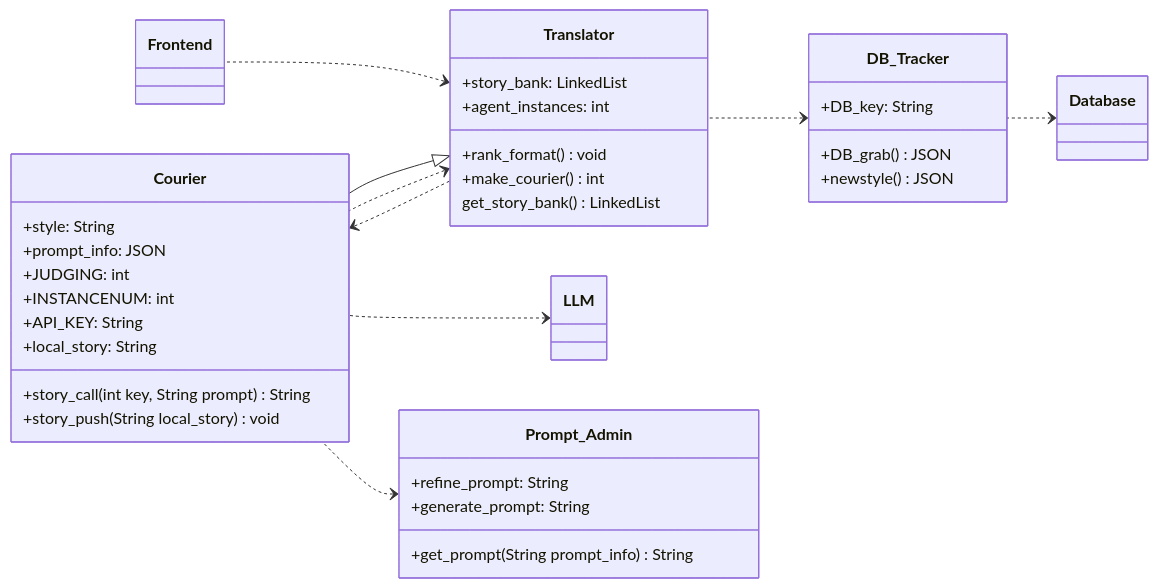
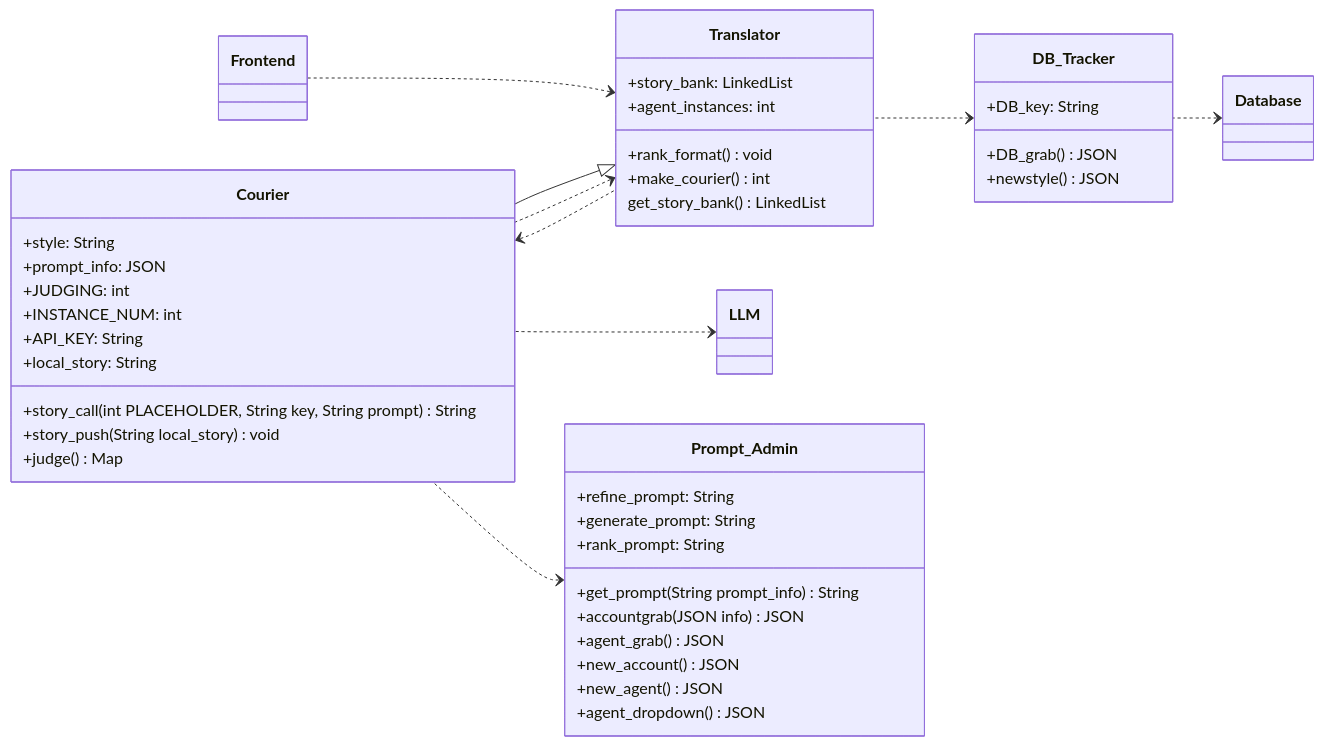
Before and after one commit to Capstone-Projects-2025-Spring/project-003-story-builder-team-1: the second of 2 diagrams in documentation/docs/system-architecture/class-diagrams.md, drawn with Mermaid. The commit also changed other lines of this file, not shown here.

````diff
--- a/documentation/docs/system-architecture/class-diagrams.md
+++ b/documentation/docs/system-architecture/class-diagrams.md
@@ -360,49 +360,56 @@
 ```mermaid
 classDiagram
 direction RL
 
 Translator <.. Frontend
 DB_Tracker <.. Translator
 Database <.. DB_Tracker
 Courier <.. Translator
 Translator <|-- Courier
 Translator <.. Courier
 LLM <.. Courier
 Prompt_Admin <.. Courier
 
 class Translator {
    +story_bank: LinkedList
    +agent_instances: int
 
    +rank_format() void
    +make_courier() int
    get_story_bank() LinkedList
 }
 
 class DB_Tracker {
    +DB_key: String
 
    +DB_grab() JSON
    +newstyle() JSON
 
 }
 
 class Courier {
    +style: String
    +prompt_info: JSON
    +JUDGING: int
-   +INSTANCENUM: int
+   +INSTANCE_NUM: int
    +API_KEY: String
    +local_story: String
 
-   +story_call(int key, String prompt) String
+   +story_call(int PLACEHOLDER, String key, String prompt) String
    +story_push(String local_story) void
+   +judge() Map
 }
 
 class Prompt_Admin {
    +refine_prompt: String
    +generate_prompt: String
+   +rank_prompt: String
 
    +get_prompt(String prompt_info) String
+   +accountgrab(JSON info) JSON
+   +agent_grab() JSON
+   +new_account() JSON
+   +new_agent() JSON
+   +agent_dropdown() JSON
 }
 ```
````
